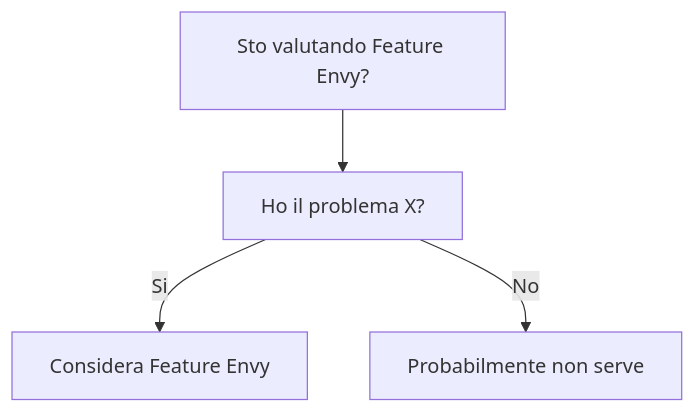
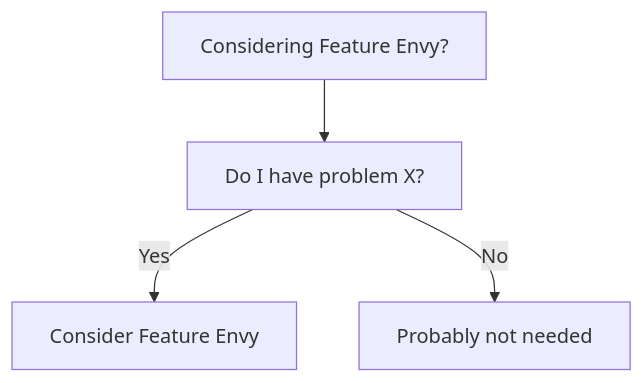
One commit to HxT9/Software-Dev-Wiki changed the diagram in dev-wiki/16_AntiPatterns/Feature_Envy/When_To_Use.md. Above: the diagram before and after it, drawn with Mermaid. The commit also changed other lines of this file and 3444 other files, not shown here.

````diff
--- a/dev-wiki/16_AntiPatterns/Feature_Envy/When_To_Use.md
+++ b/dev-wiki/16_AntiPatterns/Feature_Envy/When_To_Use.md
@@ -19,6 +19,6 @@
 ```mermaid
 flowchart TD
-  Q[Sto valutando Feature Envy?] --> Q1[Ho il problema X?]
-  Q1 -->|Si| OK[Considera Feature Envy]
-  Q1 -->|No| NO[Probabilmente non serve]
+  Q[Considering Feature Envy?] --> Q1[Do I have problem X?]
+  Q1 -->|Yes| OK[Consider Feature Envy]
+  Q1 -->|No| NO[Probably not needed]
 ```
````
